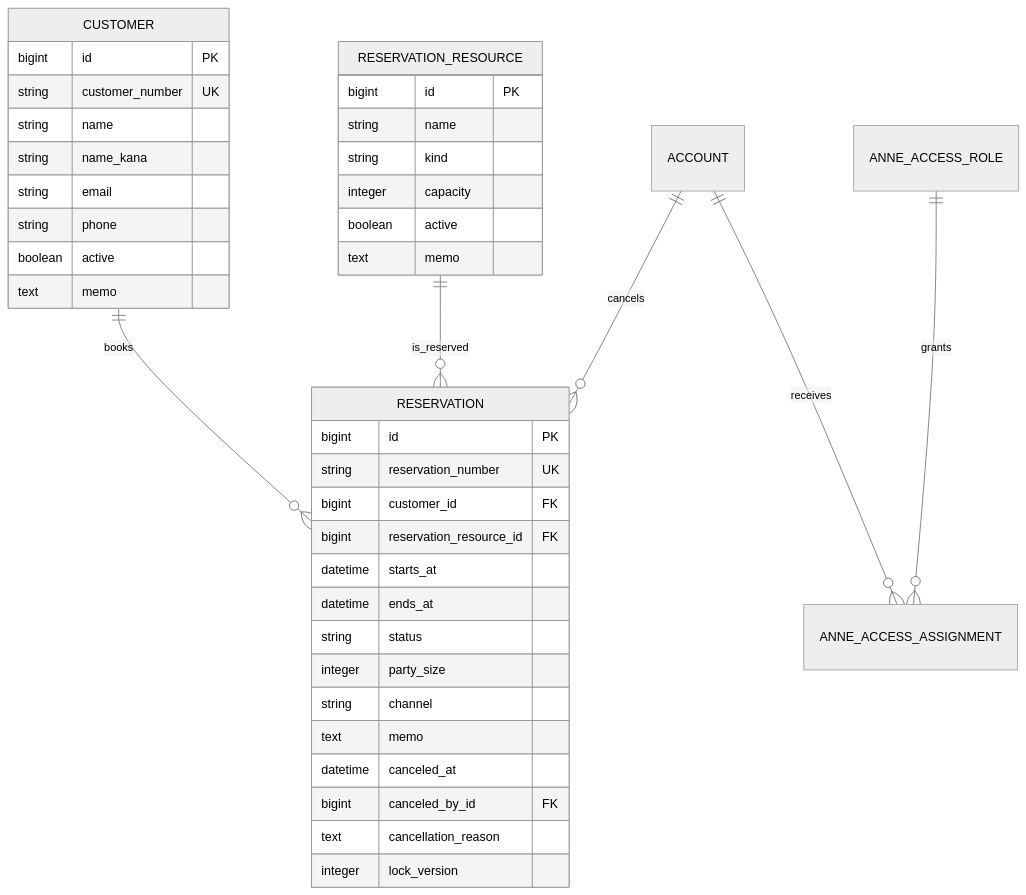
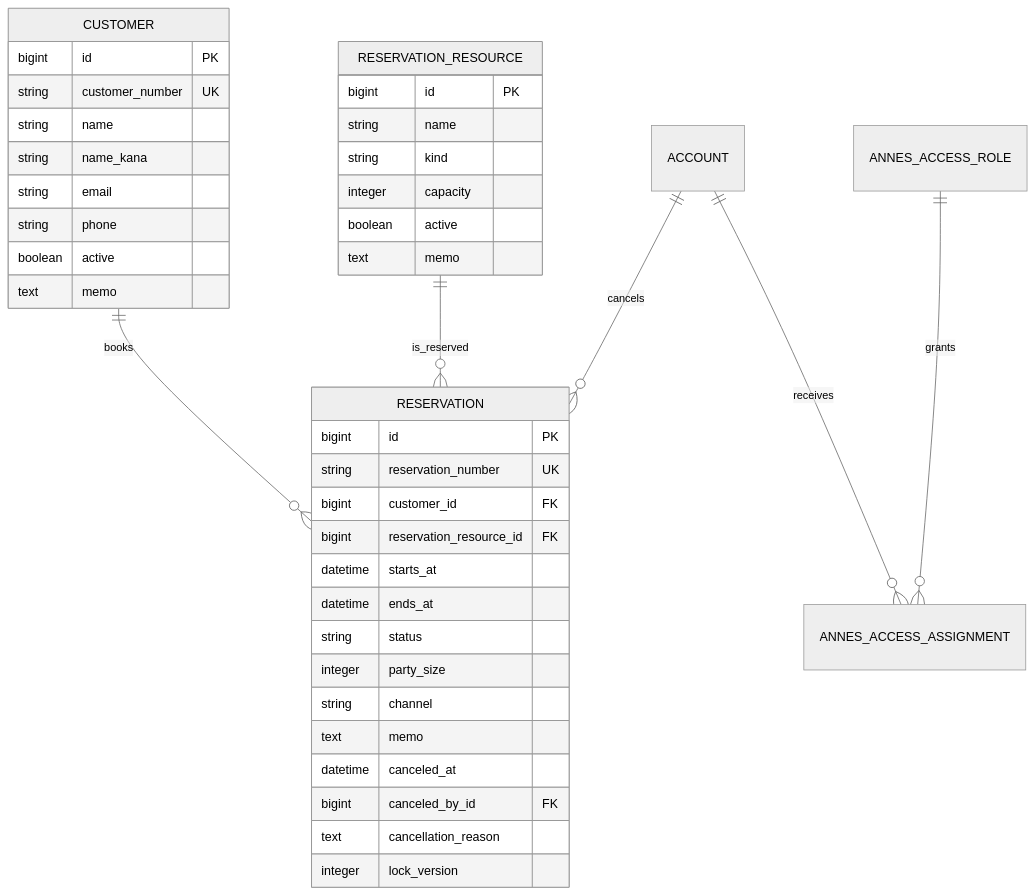
One commit to quartet-labo/annes_engine changed the second of 3 diagrams in examples/resavation_management/docs/design.md. Above: the diagram before and after it, drawn with Mermaid (neutral theme). The commit also changed other lines of this file and 171 other files, not shown here.

Commit message:
refactor(access): rename package and namespace to AnnesAccess

````diff
--- a/examples/resavation_management/docs/design.md
+++ b/examples/resavation_management/docs/design.md
@@ -57,43 +57,43 @@
 ```mermaid
 erDiagram
     CUSTOMER ||--o{ RESERVATION : books
     RESERVATION_RESOURCE ||--o{ RESERVATION : is_reserved
     ACCOUNT ||--o{ RESERVATION : cancels
-    ACCOUNT ||--o{ ANNE_ACCESS_ASSIGNMENT : receives
-    ANNE_ACCESS_ROLE ||--o{ ANNE_ACCESS_ASSIGNMENT : grants
+    ACCOUNT ||--o{ ANNES_ACCESS_ASSIGNMENT : receives
+    ANNES_ACCESS_ROLE ||--o{ ANNES_ACCESS_ASSIGNMENT : grants
 
     CUSTOMER {
       bigint id PK
       string customer_number UK
       string name
       string name_kana
       string email
       string phone
       boolean active
       text memo
     }
     RESERVATION_RESOURCE {
       bigint id PK
       string name
       string kind
       integer capacity
       boolean active
       text memo
     }
     RESERVATION {
       bigint id PK
       string reservation_number UK
       bigint customer_id FK
       bigint reservation_resource_id FK
       datetime starts_at
       datetime ends_at
       string status
       integer party_size
       string channel
       text memo
       datetime canceled_at
       bigint canceled_by_id FK
       text cancellation_reason
       integer lock_version
     }
 ```
````
